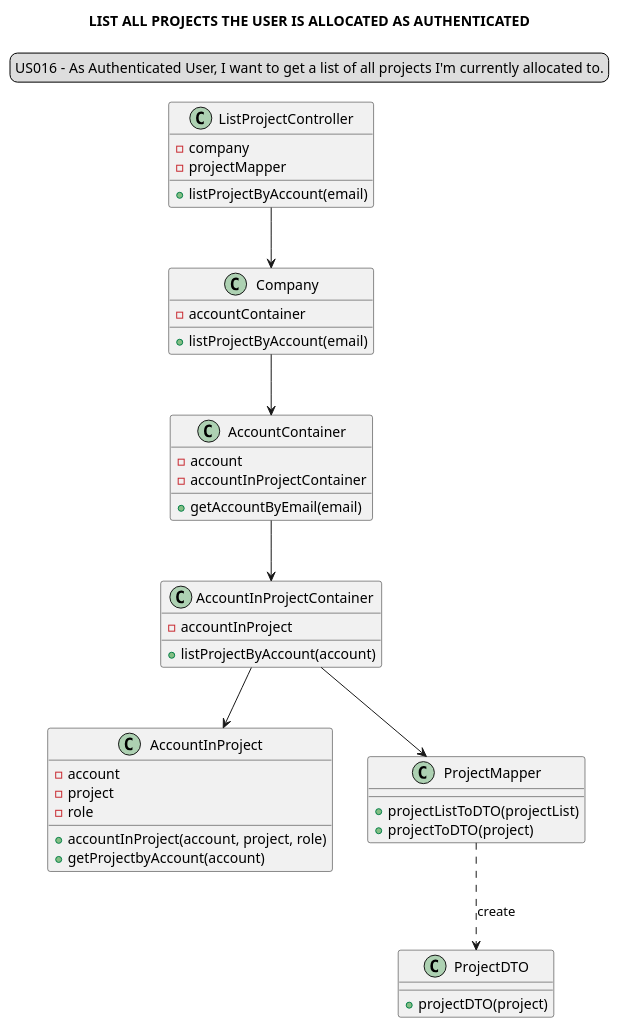
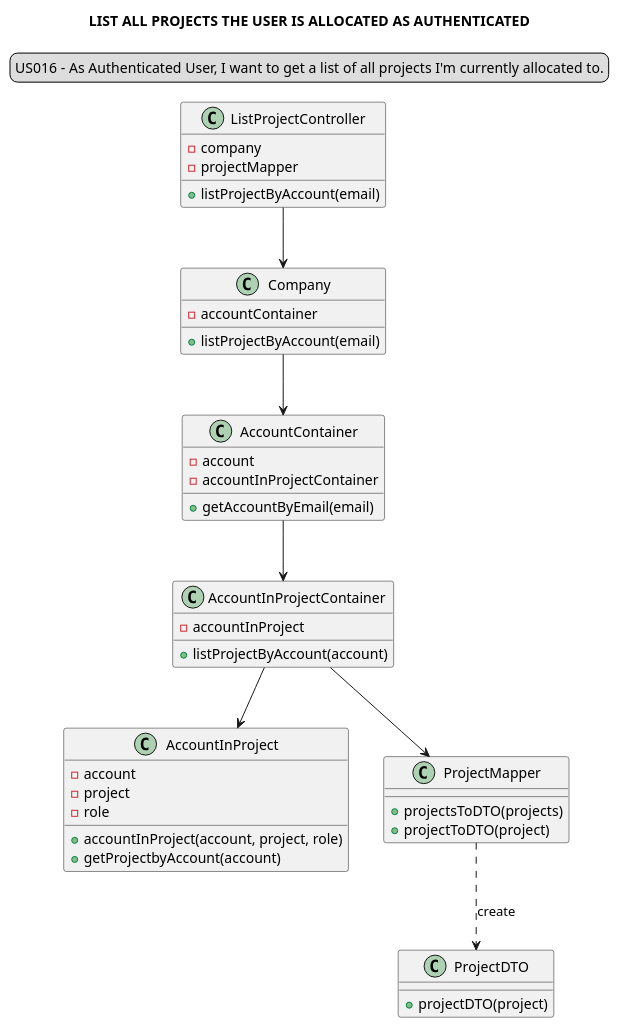
One commit to Loracline/project_switch_22-23 changed the diagram in docs/modelling_design/user_stories/us016/US016_classDiagram.puml. Above: the diagram before and after it, drawn with PlantUML. The commit also changed 1 other file, not shown here.

Commit message:
US016:Design: Refined class and sequence diagrams

```diff
--- a/docs/modelling_design/user_stories/us016/US016_classDiagram.puml
+++ b/docs/modelling_design/user_stories/us016/US016_classDiagram.puml
@@ -1,55 +1,55 @@
 @startuml
 'https://plantuml.com/sequence-diagram
 
 legend top
 US016 - As Authenticated User, I want to get a list of all projects I'm currently allocated to.
 end legend
 skinparam sequenceMessageAlign center
 title LIST ALL PROJECTS THE USER IS ALLOCATED AS AUTHENTICATED
 
 class "ListProjectController" {
 - company
 - projectMapper
 + listProjectByAccount(email)
 }
 class "Company" {
 - accountContainer
 + listProjectByAccount(email)
 }
 class "AccountContainer"{
 - account
 - accountInProjectContainer
 + getAccountByEmail(email)
 
 }
 class "AccountInProjectContainer"{
 - accountInProject
 + listProjectByAccount(account)
 }
 
 class "AccountInProject"{
 - account
 - project
 -role
 + accountInProject(account, project, role)
 + getProjectbyAccount(account)
 }
 
 class "ProjectMapper"{
-+projectListToDTO(projectList)
++projectsToDTO(projects)
 +projectToDTO(project)
 }
 
 class "ProjectDTO"{
 +projectDTO(project)
 }
 
 "ListProjectController"-->"Company"
 "Company"-->"AccountContainer"
 "AccountContainer"--> "AccountInProjectContainer"
 "AccountInProjectContainer"--> "AccountInProject"
 "AccountInProjectContainer"--> "ProjectMapper"
 "ProjectMapper"..> "ProjectDTO" : create
 
 
 @enduml
```
